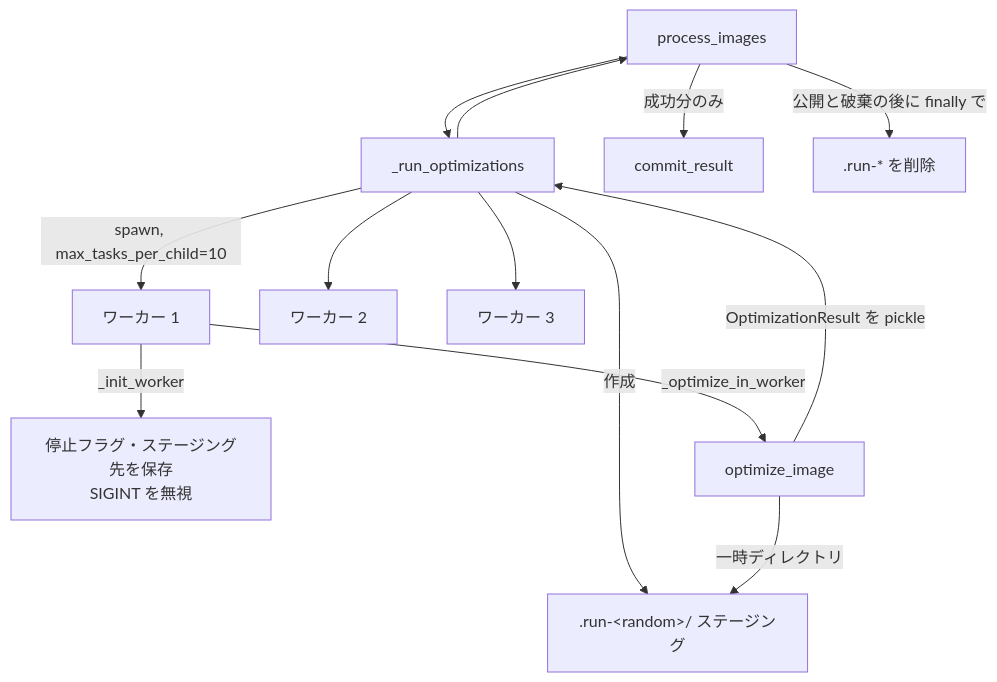
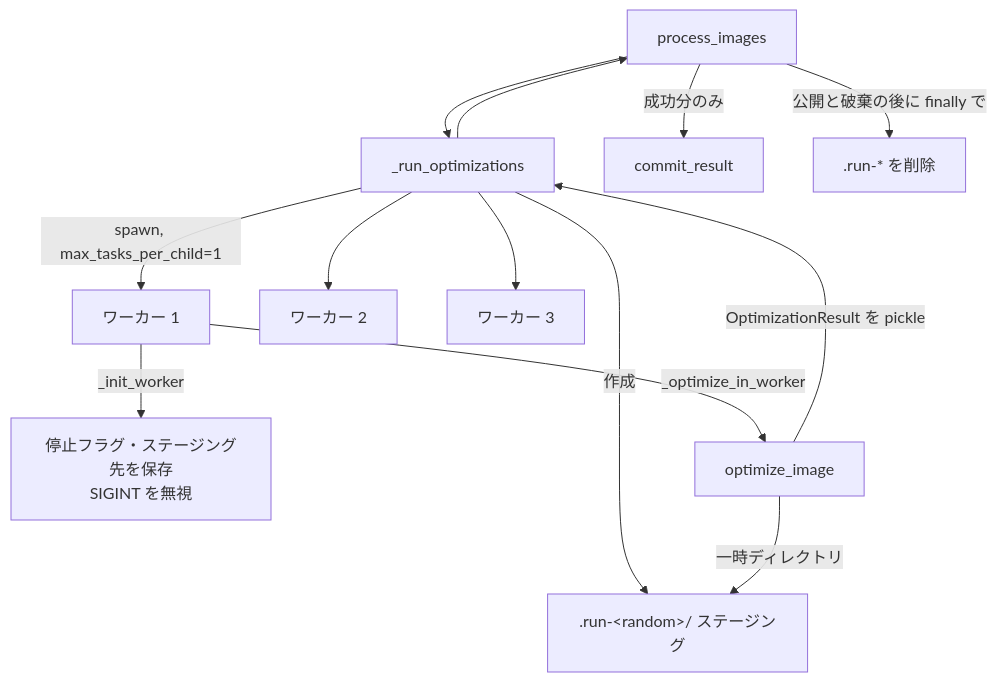
The diagram in docs/superpowers/specs/2026-09-26-optimize-images-process-pool-design.md (rewse/rewse-blog), drawn with Mermaid before and after one commit. The commit also changed other lines of this file and 1 other file, not shown here.

Commit message:
docs: record the one-image worker limit in the process pool design

````diff
--- a/docs/superpowers/specs/2026-09-26-optimize-images-process-pool-design.md
+++ b/docs/superpowers/specs/2026-09-26-optimize-images-process-pool-design.md
@@ -32,15 +32,15 @@
 ```mermaid
 flowchart TD
     P[process_images] --> R[_run_optimizations]
     R -->|作成| D[".run-&lt;random&gt;/ ステージング"]
-    R -->|spawn, max_tasks_per_child=10| W1[ワーカー 1]
+    R -->|spawn, max_tasks_per_child=1| W1[ワーカー 1]
     R --> W2[ワーカー 2]
     R --> W3[ワーカー 3]
     W1 -->|_init_worker| S[停止フラグ・ステージング先を保存<br/>SIGINT を無視]
     W1 -->|_optimize_in_worker| O[optimize_image]
     O -->|一時ディレクトリ| D
     O -->|OptimizationResult を pickle| R
     R --> P
     P -->|成功分のみ| C[commit_result]
     P -->|公開と破棄の後に finally で| X[".run-* を削除"]
 ```
````
